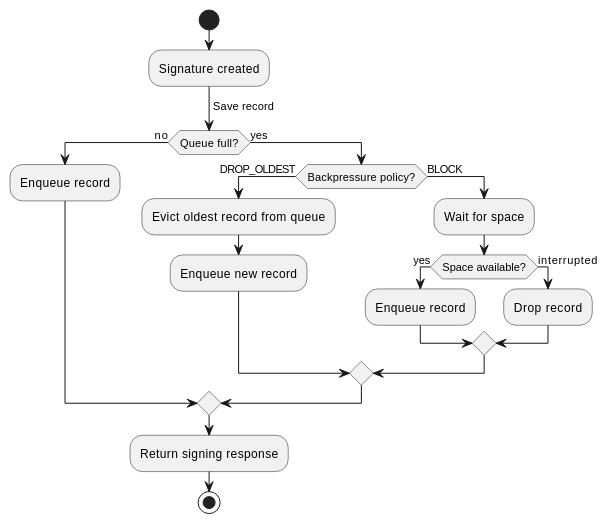
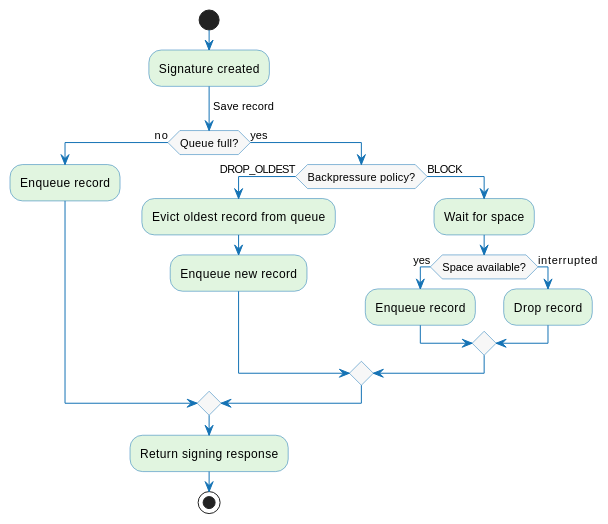
The second of 2 diagrams in docs/signing/signing-records.md (CZERTAINLY/CZERTAINLY-Documentation), drawn with PlantUML before and after one commit. The commit also changed other lines of this file and 49 other files, not shown here.

````diff
--- a/docs/signing/signing-records.md
+++ b/docs/signing/signing-records.md
@@ -129,24 +144,31 @@
 ```plantuml
 @startuml
+skinparam activity {
+    BackgroundColor #E1F5E0
+    BorderColor #1573B5
+    DiamondBackgroundColor #F7F7F7
+    DiamondBorderColor #1573B5
+}
+skinparam ArrowColor #1573B5
 start
 :Signature created;
 -> Save record;
 if (Queue full?) then (no)
   :Enqueue record;
 else (yes)
   if (Backpressure policy?) then (DROP_OLDEST)
     :Evict oldest record from queue;
     :Enqueue new record;
   else (BLOCK)
     :Wait for space;
     if (Space available?) then (yes)
       :Enqueue record;
     else (interrupted)
       :Drop record;
     endif
   endif
 endif
 :Return signing response;
 stop
 @enduml
 ```
````
